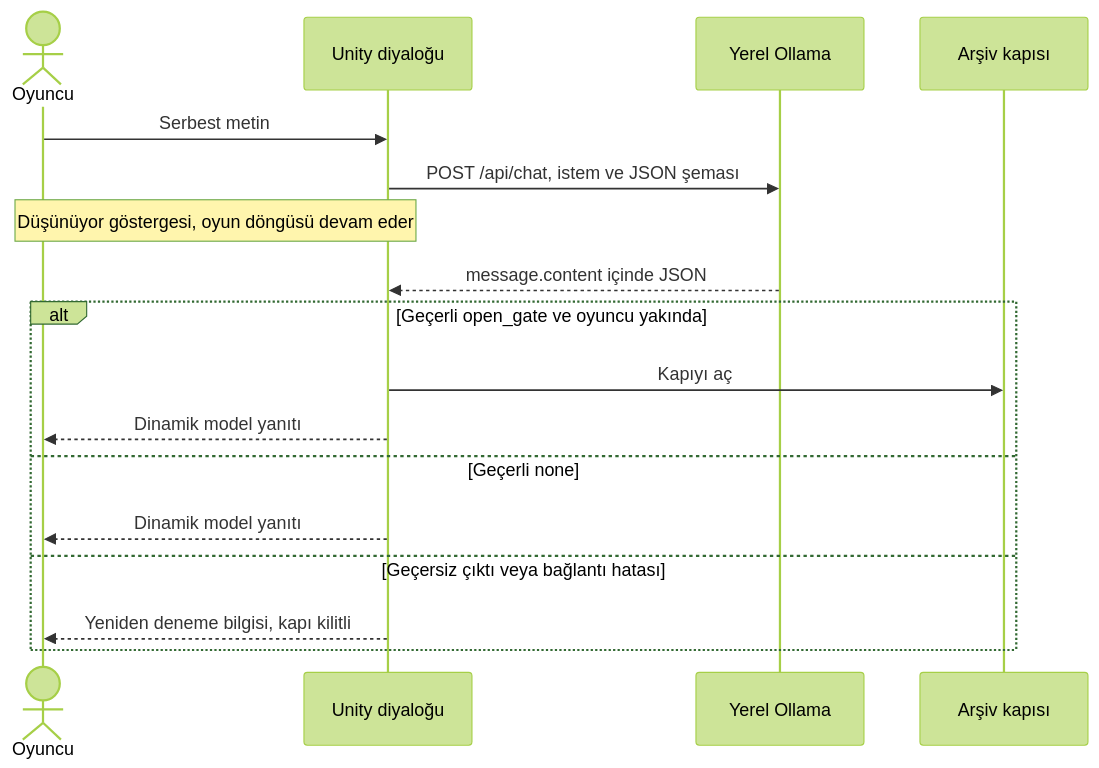
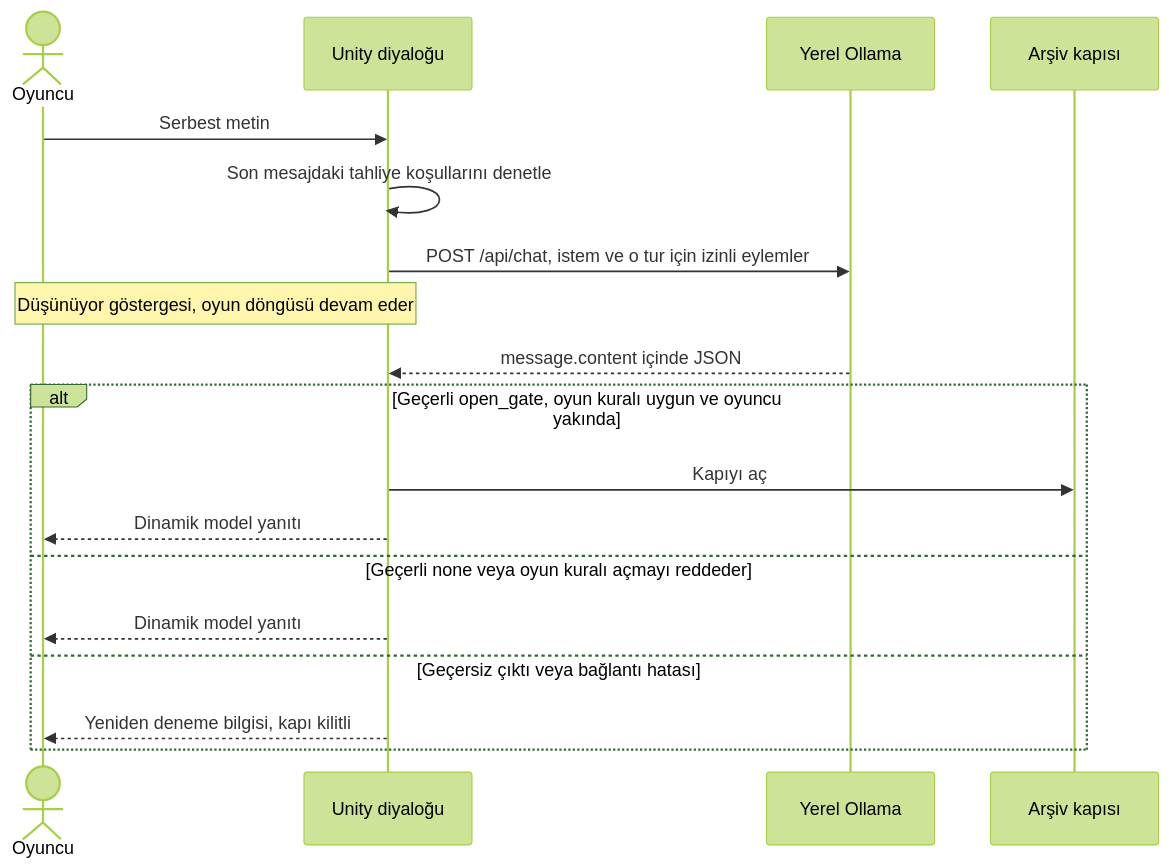
Before and after one commit to eyupcanpolat/KuleNobeti: the third of 3 diagrams in README.md, drawn with Mermaid (forest theme). The commit also changed other lines of this file and 9 other files, not shown here.

````diff
--- a/README.md
+++ b/README.md
@@ -88,19 +89,20 @@
 ```mermaid
 sequenceDiagram
     actor P as Oyuncu
     participant U as Unity diyaloğu
     participant O as Yerel Ollama
     participant K as Arşiv kapısı
     P->>U: Serbest metin
-    U->>O: POST /api/chat, istem ve JSON şeması
+    U->>U: Son mesajdaki tahliye koşullarını denetle
+    U->>O: POST /api/chat, istem ve o tur için izinli eylemler
     Note over P,U: Düşünüyor göstergesi, oyun döngüsü devam eder
     O-->>U: message.content içinde JSON
-    alt Geçerli open_gate ve oyuncu yakında
+    alt Geçerli open_gate, oyun kuralı uygun ve oyuncu yakında
         U->>K: Kapıyı aç
         U-->>P: Dinamik model yanıtı
-    else Geçerli none
+    else Geçerli none veya oyun kuralı açmayı reddeder
         U-->>P: Dinamik model yanıtı
     else Geçersiz çıktı veya bağlantı hatası
         U-->>P: Yeniden deneme bilgisi, kapı kilitli
     end
 ```
````
